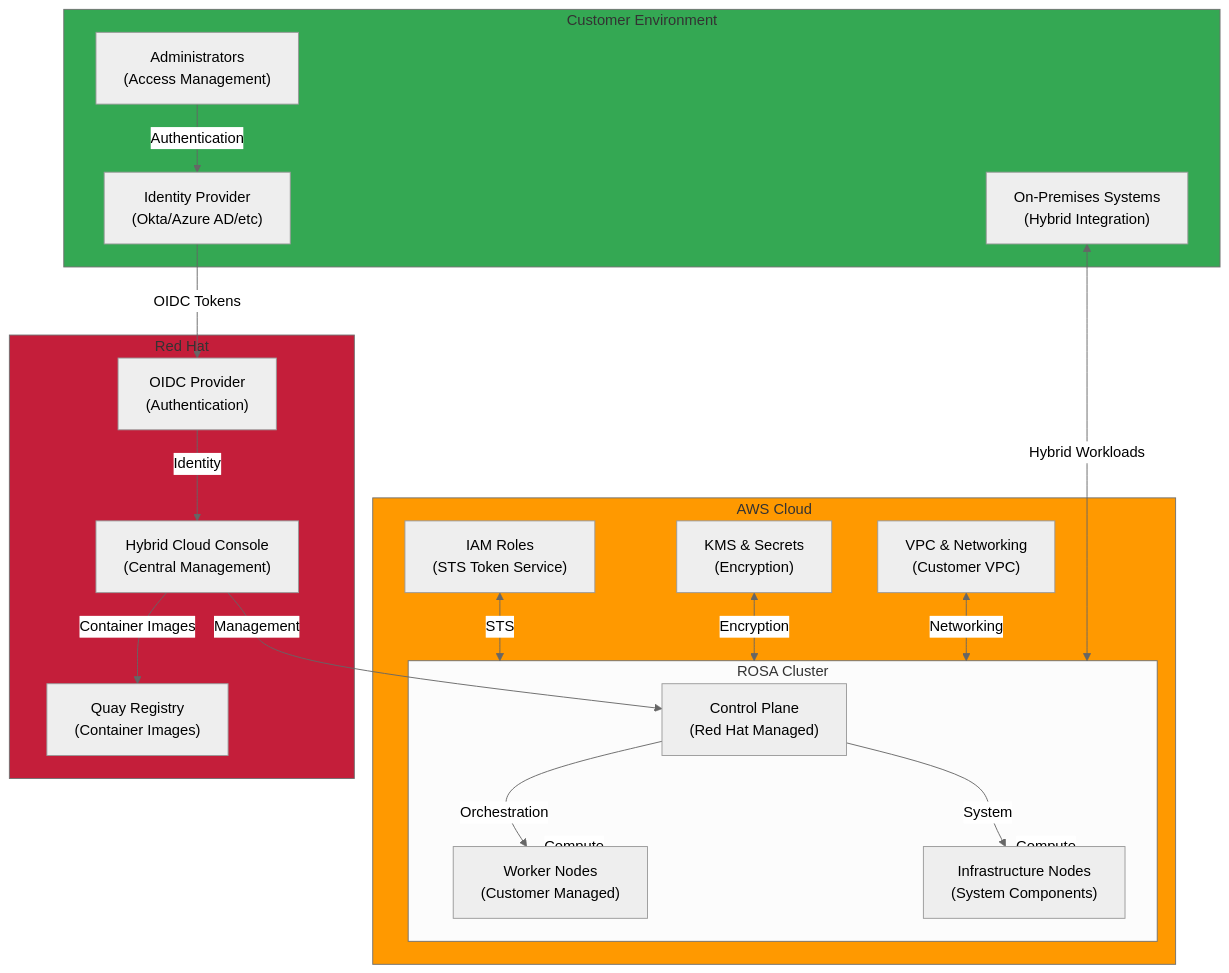
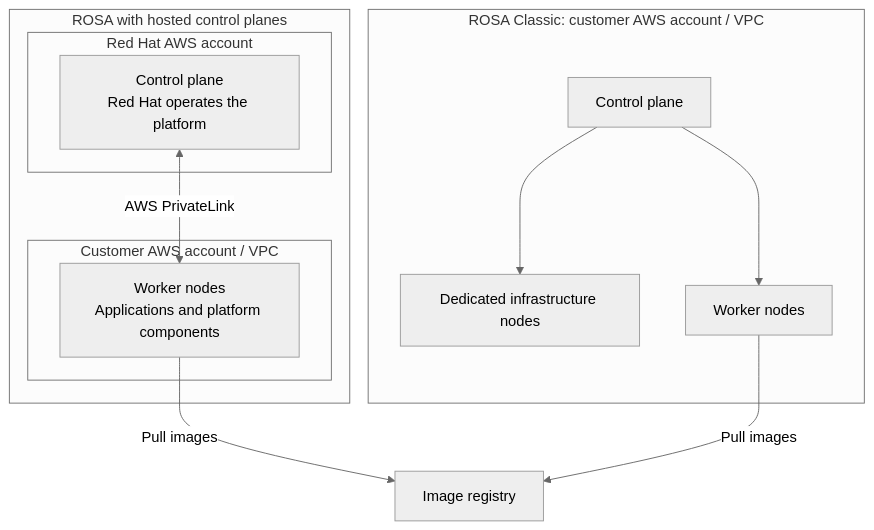
One commit to devfloor9/engineering-playbook changed the diagram in docs/rosa/index.md. Above: the diagram before and after it, drawn with Mermaid (neutral theme). The commit also changed other lines of this file and 5 other files, not shown here.

Commit message:
docs: clarify ROSA ownership, access controls and demo prerequisites (#90)

````diff
--- a/docs/rosa/index.md
+++ b/docs/rosa/index.md
@@ -54,42 +36,22 @@
 ```mermaid
-graph TB
-    subgraph AWS["AWS Cloud"]
-        subgraph ROSA["ROSA Cluster"]
-            CP["Control Plane<br/>(Red Hat Managed)"]
-            WN["Worker Nodes<br/>(Customer Managed)"]
-            IN["Infrastructure Nodes<br/>(System Components)"]
+flowchart TB
+    subgraph HCP["ROSA with hosted control planes"]
+        subgraph RH["Red Hat AWS account"]
+            HC["Control plane<br/>Red Hat operates the platform"]
         end
-        IAM["IAM Roles<br/>(STS Token Service)"]
-        VPC["VPC & Networking<br/>(Customer VPC)"]
-        KMS["KMS & Secrets<br/>(Encryption)"]
+        subgraph CustomerH["Customer AWS account / VPC"]
+            HW["Worker nodes<br/>Applications and platform components"]
+        end
+        HC <-->|AWS PrivateLink| HW
     end
-
-    subgraph RedHat["Red Hat"]
-        HCC["Hybrid Cloud Console<br/>(Central Management)"]
-        Registry["Quay Registry<br/>(Container Images)"]
-        OIDC["OIDC Provider<br/>(Authentication)"]
+    subgraph Classic["ROSA Classic: customer AWS account / VPC"]
+        CC["Control plane"]
+        CI["Dedicated infrastructure nodes"]
+        CW["Worker nodes"]
+        CC --> CI
+        CC --> CW
     end
-
-    subgraph Customer["Customer Environment"]
-        IdP["Identity Provider<br/>(Okta/Azure AD/etc)"]
-        Admin["Administrators<br/>(Access Management)"]
-        OnPrem["On-Premises Systems<br/>(Hybrid Integration)"]
-    end
-
-    Admin -->|Authentication| IdP
-    IdP -->|OIDC Tokens| OIDC
-    OIDC -->|Identity| HCC
-    HCC -->|Management| CP
-    CP -->|Orchestration| WN
-    CP -->|System| IN
-    WN & IN -->|Compute| AWS
-    IAM <-->|STS| ROSA
-    KMS <-->|Encryption| ROSA
-    VPC <-->|Networking| ROSA
-    HCC -->|Container Images| Registry
-    OnPrem <-->|Hybrid Workloads| ROSA
-
-    style AWS fill:#ff9900
-    style RedHat fill:#c41e3a
-    style Customer fill:#34a853
+    Registry["Image registry"]
+    HW -->|Pull images| Registry
+    CW -->|Pull images| Registry
 ```
````
